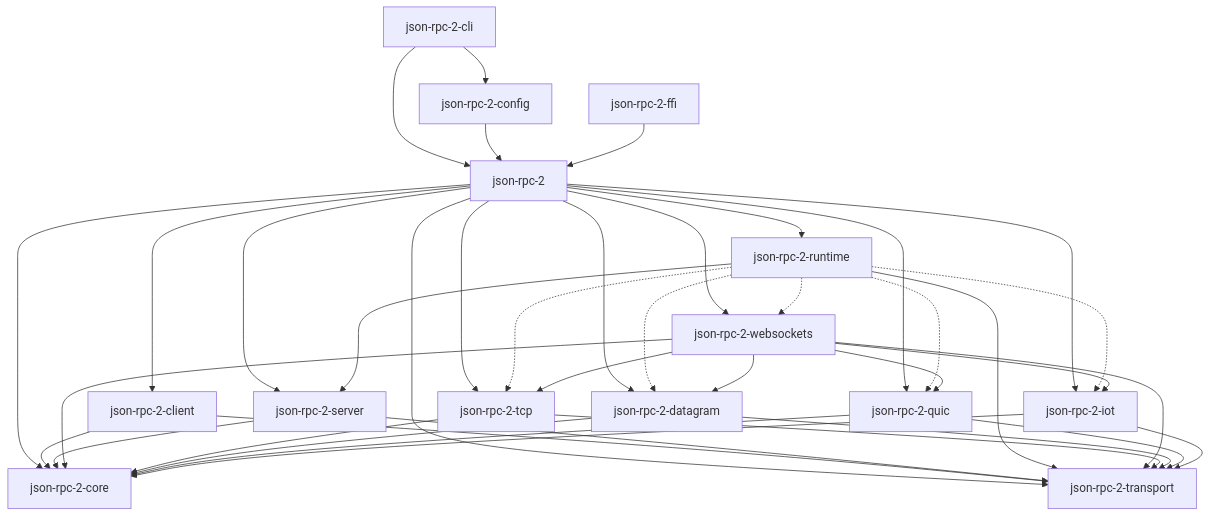
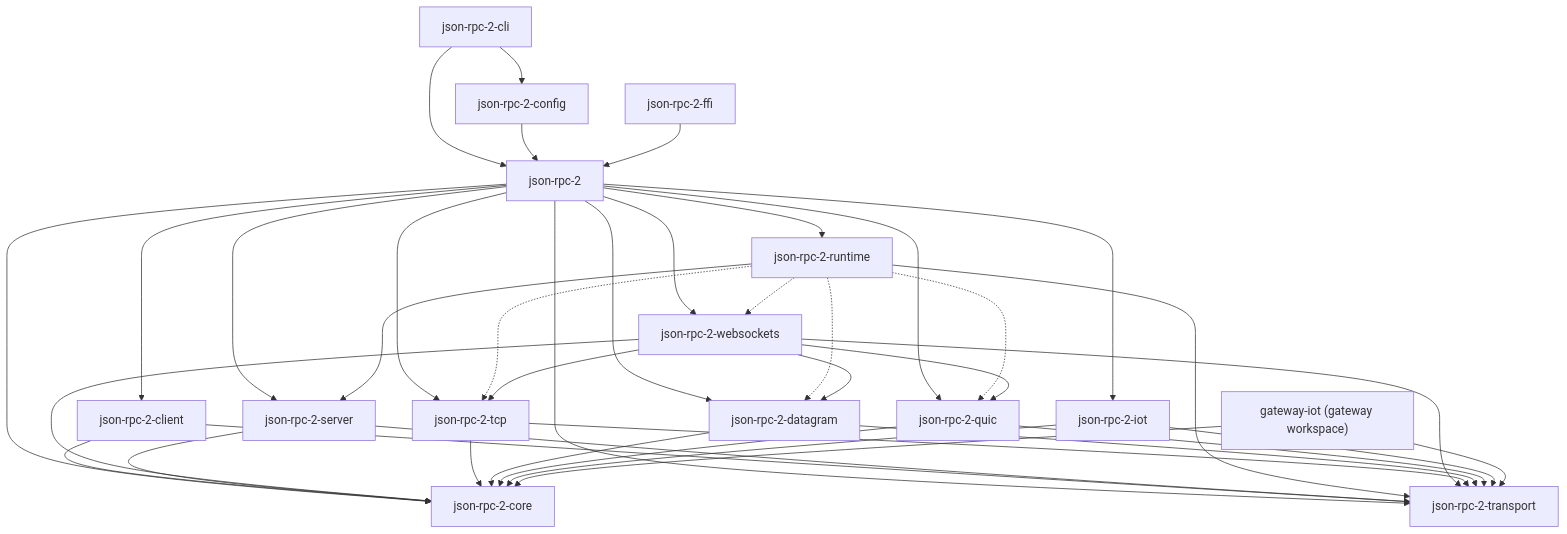
Before and after one commit to vsvictor/JSON-RPC-2: the first of 8 diagrams in docs/ARCHITECTURE.md, drawn with Mermaid. The commit also changed other lines of this file and 41 other files, not shown here.

````diff
--- a/docs/ARCHITECTURE.md
+++ b/docs/ARCHITECTURE.md
@@ -14,45 +14,46 @@
 ```mermaid
 flowchart TD
     CLI["json-rpc-2-cli"] --> Facade["json-rpc-2"]
     CLI --> Config["json-rpc-2-config"]
     Config --> Facade
     FFI["json-rpc-2-ffi"] --> Facade
 
     Facade --> Client["json-rpc-2-client"]
     Facade --> Server["json-rpc-2-server"]
     Facade --> Runtime["json-rpc-2-runtime"]
     Facade --> Transport["json-rpc-2-transport"]
     Facade --> Core["json-rpc-2-core"]
     Facade --> TCP["json-rpc-2-tcp"]
     Facade --> Datagram["json-rpc-2-datagram"]
     Facade --> QUIC["json-rpc-2-quic"]
     Facade --> IoT["json-rpc-2-iot"]
     Facade --> WS["json-rpc-2-websockets"]
+    GatewayIot["gateway-iot (gateway workspace)"]
 
     Client --> Core
     Client --> Transport
     Server --> Core
     Server --> Transport
     Runtime --> Server
     Runtime --> Transport
     Runtime -.-> TCP
     Runtime -.-> Datagram
     Runtime -.-> QUIC
-    Runtime -.-> IoT
     Runtime -.-> WS
 
     WS --> TCP
     WS --> Datagram
     WS --> QUIC
-    WS --> IoT
     WS --> Core
     WS --> Transport
     TCP --> Core
     TCP --> Transport
     Datagram --> Core
     Datagram --> Transport
     QUIC --> Core
     QUIC --> Transport
     IoT --> Core
     IoT --> Transport
+    GatewayIot --> Core
+    GatewayIot --> Transport
 ```
````
